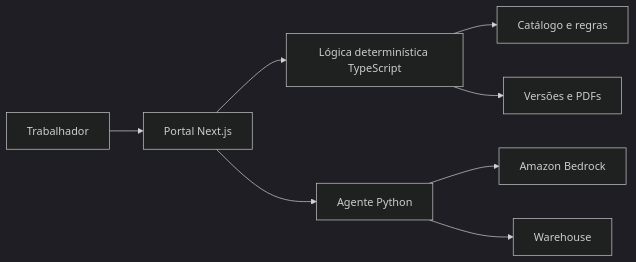
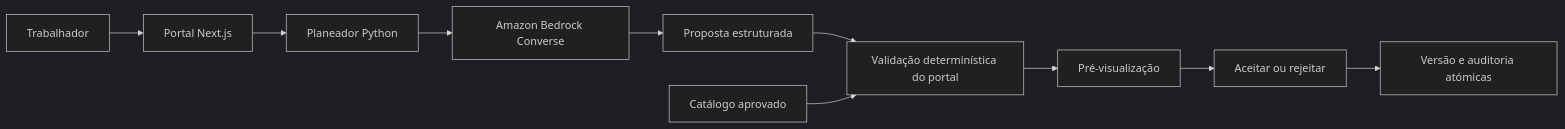
One commit to iseg-pg-ai/gpaimlp_5ed_grupo4 changed the first of 2 diagrams in BLU_ASSISTANT_PLAN.md. Above: the diagram before and after it, drawn with Mermaid (dark theme). The commit also changed other lines of this file and 6 other files, not shown here.

````diff
--- a/BLU_ASSISTANT_PLAN.md
+++ b/BLU_ASSISTANT_PLAN.md
@@ -16,10 +17,12 @@
 ```mermaid
 flowchart LR
     U[Trabalhador] --> P[Portal Next.js]
-    P --> D[Lógica determinística TypeScript]
-    D --> C[Catálogo e regras]
-    D --> V[Versões e PDFs]
-    P --> A[Agente Python]
-    A --> B[Amazon Bedrock]
-    A --> W[Warehouse]
+    P --> A[Planeador Python]
+    A --> B[Amazon Bedrock Converse]
+    B --> S[Proposta estruturada]
+    S --> D[Validação determinística do portal]
+    C[Catálogo aprovado] --> D
+    D --> R[Pré-visualização]
+    R --> H[Aceitar ou rejeitar]
+    H --> V[Versão e auditoria atómicas]
 ```
````
